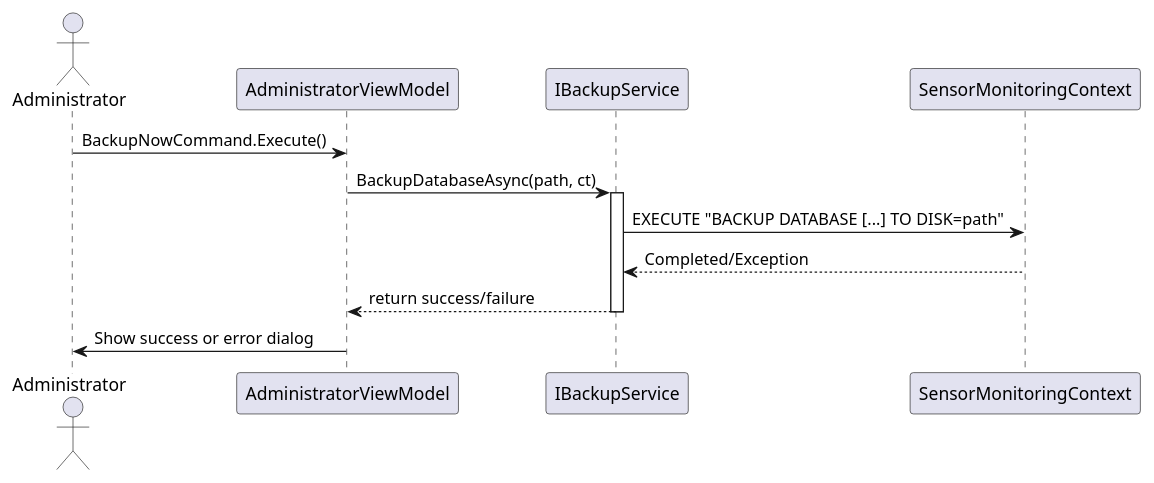
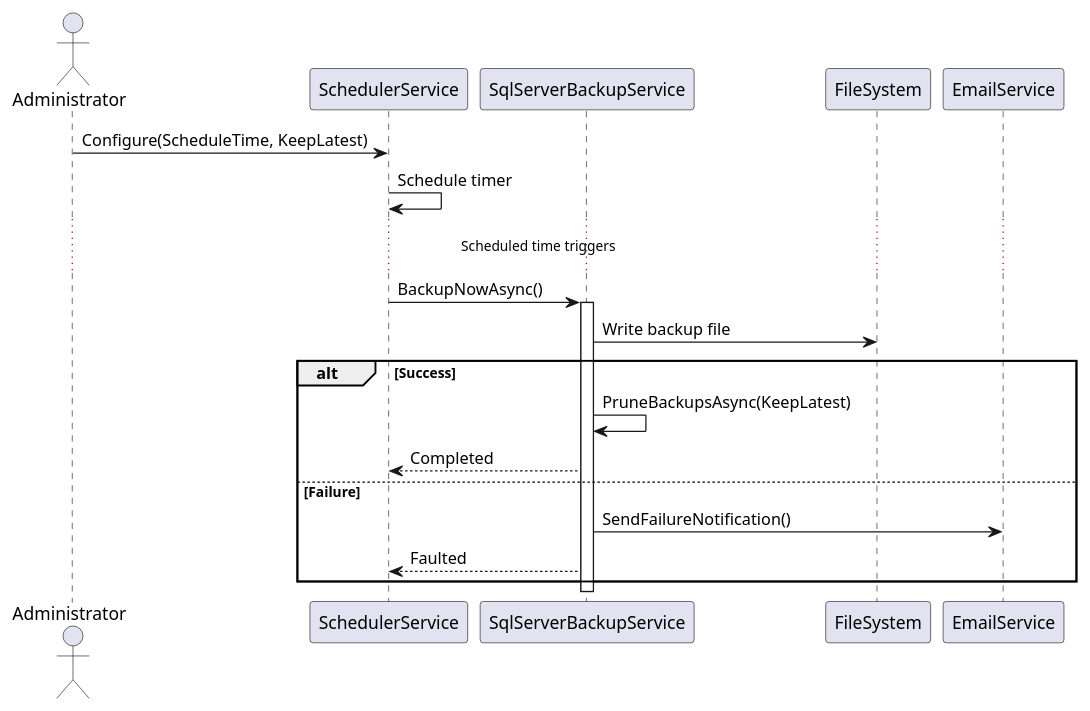
Before and after one commit to Alex180504/SET09102_2024-5: the diagram in SET09102-2024-5/docs/uml/features/data-backup/sequence_diagram.puml, drawn with PlantUML. The commit also changed 3 other files, not shown here.

Commit message:
Updated UML diagrams for data backup

```diff
--- a/SET09102-2024-5/docs/uml/features/data-backup/sequence_diagram.puml
+++ b/SET09102-2024-5/docs/uml/features/data-backup/sequence_diagram.puml
@@ -1,15 +1,21 @@
 @startuml
 actor Administrator
-participant AdministratorViewModel as VM
-participant IBackupService as Service
-participant SensorMonitoringContext as DB
+participant SchedulerService
+participant SqlServerBackupService
+participant FileSystem
+participant EmailService
 
-Administrator -> VM: BackupNowCommand.Execute()
-VM -> Service: BackupDatabaseAsync(path, ct)
-activate Service
-Service -> DB: EXECUTE "BACKUP DATABASE [...] TO DISK=path"
-DB --> Service: Completed/Exception
-Service --> VM: return success/failure
-deactivate Service
-VM -> Administrator: Show success or error dialog
+Administrator -> SchedulerService : Configure(ScheduleTime, KeepLatest)
+SchedulerService -> SchedulerService : Schedule timer
+... Scheduled time triggers ...
+SchedulerService -> SqlServerBackupService : BackupNowAsync()
+activate SqlServerBackupService
+SqlServerBackupService -> FileSystem : Write backup file
+alt Success
+  SqlServerBackupService -> SqlServerBackupService : PruneBackupsAsync(KeepLatest)
+  SqlServerBackupService --> SchedulerService : Completed
+else Failure
+  SqlServerBackupService -> EmailService : SendFailureNotification()
+  SqlServerBackupService --> SchedulerService : Faulted
+end
 @enduml
```
